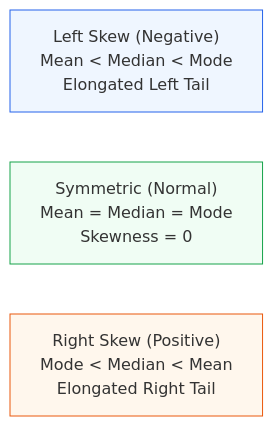
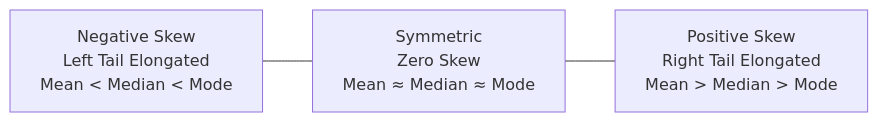
The diagram in docs/Inferential-Statistics/01-introduction/02-descriptive-statistics.mdx (vettrivel-kl/vettrivel-kl.github.io), drawn with Mermaid before and after one commit. The commit also changed other lines of this file and 51 other files, not shown here.

````diff
--- a/docs/Inferential-Statistics/01-introduction/02-descriptive-statistics.mdx
+++ b/docs/Inferential-Statistics/01-introduction/02-descriptive-statistics.mdx
@@ -170,14 +82,4 @@
 ```mermaid
 flowchart LR
-    classDef sym fill:#f0fdf4,stroke:#16a34a,stroke-width:1px;
-    classDef left fill:#eff6ff,stroke:#2563eb,stroke-width:1px;
-    classDef right fill:#fff7ed,stroke:#ea580c,stroke-width:1px;
-
-    L["Left Skew (Negative)<br/>Mean &lt; Median &lt; Mode<br/>Elongated Left Tail"]
-    S["Symmetric (Normal)<br/>Mean = Median = Mode<br/>Skewness = 0"]
-    R["Right Skew (Positive)<br/>Mode &lt; Median &lt; Mean<br/>Elongated Right Tail"]
-
-    class L left;
-    class S sym;
-    class R right;
+    A["Negative Skew<br/>Left Tail Elongated<br/>Mean &lt; Median &lt; Mode"] --- B["Symmetric<br/>Zero Skew<br/>Mean ≈ Median ≈ Mode"] --- C["Positive Skew<br/>Right Tail Elongated<br/>Mean &gt; Median &gt; Mode"]
 ```
````
